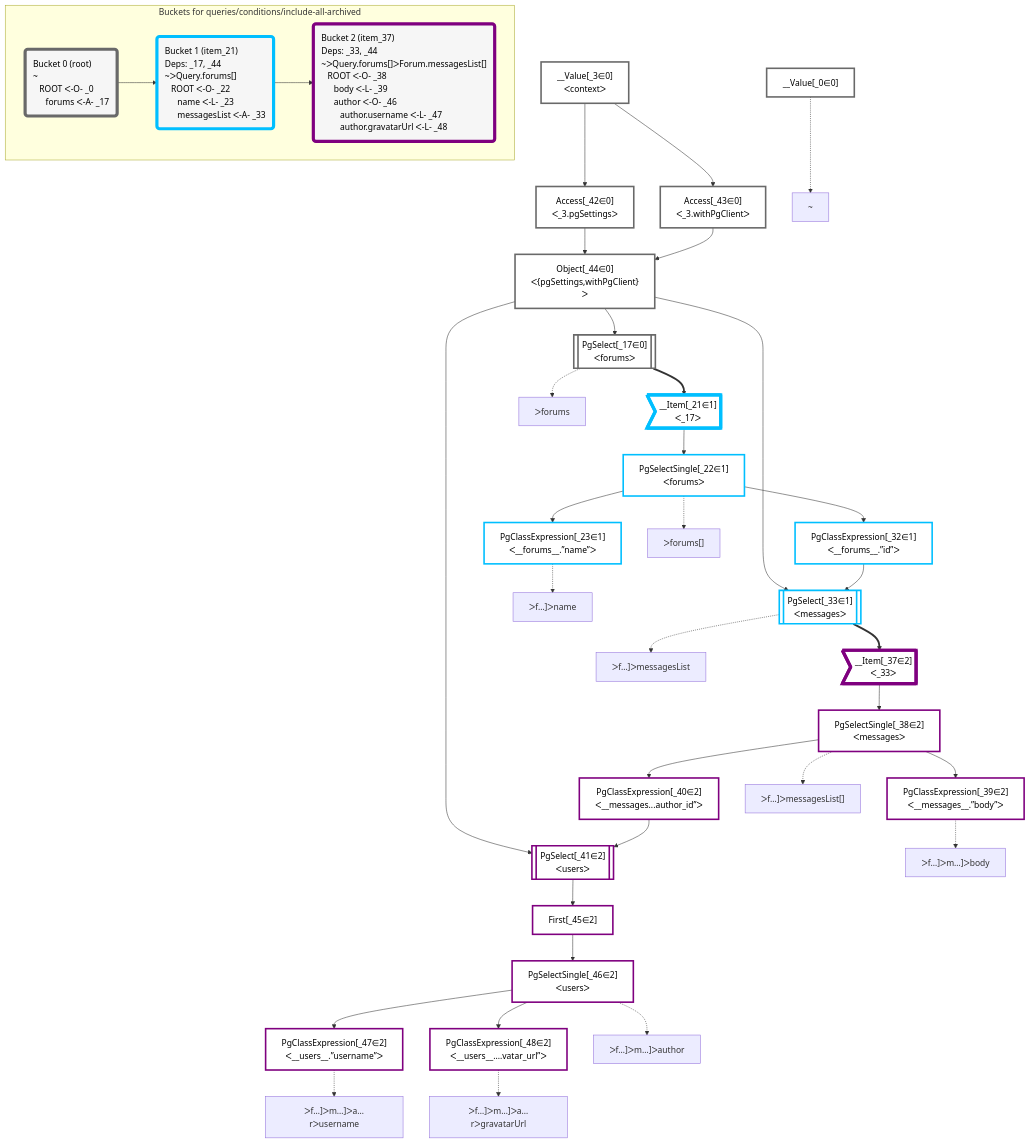
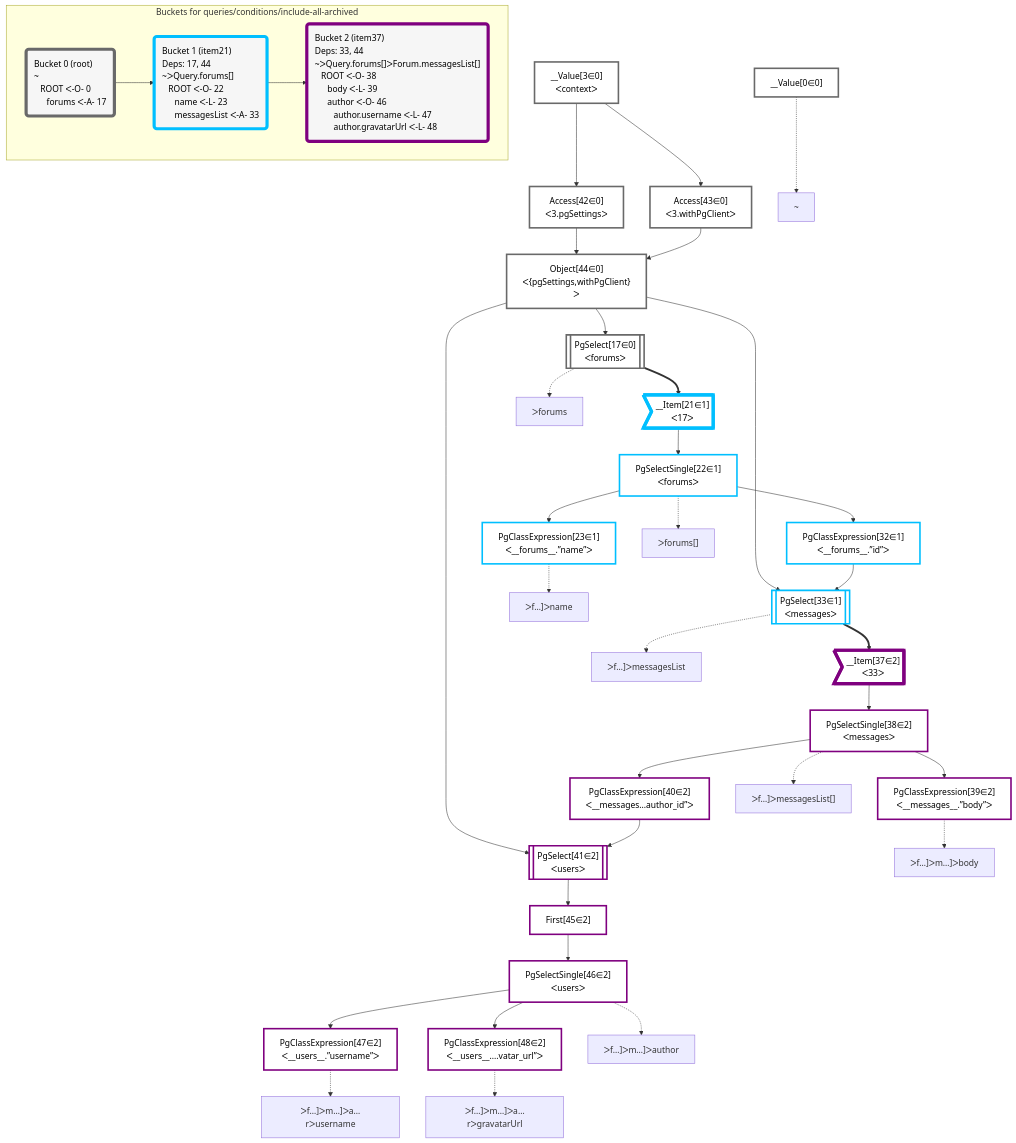
The diagram in packages/dataplan-pg/__tests__/queries/conditions/include-all-archived.deopt.mermaid.md (graphile/crystal), drawn with Mermaid before and after one commit. The commit also changed 195 other files, not shown here.

```diff
--- a/packages/dataplan-pg/__tests__/queries/conditions/include-all-archived.deopt.mermaid.md
+++ b/packages/dataplan-pg/__tests__/queries/conditions/include-all-archived.deopt.mermaid.md
@@ -8,79 +8,79 @@
 
 
     %% define plans
-    __Value_0["__Value[_0∈0]"]:::plan
-    PgClassExpression_23["PgClassExpression[_23∈1]<br />ᐸ__forums__.”name”ᐳ"]:::plan
-    PgClassExpression_39["PgClassExpression[_39∈2]<br />ᐸ__messages__.”body”ᐳ"]:::plan
-    PgClassExpression_47["PgClassExpression[_47∈2]<br />ᐸ__users__.”username”ᐳ"]:::plan
-    PgClassExpression_48["PgClassExpression[_48∈2]<br />ᐸ__users__....vatar_url”ᐳ"]:::plan
-    PgSelectSingle_46["PgSelectSingle[_46∈2]<br />ᐸusersᐳ"]:::plan
-    First_45["First[_45∈2]"]:::plan
-    PgSelect_41[["PgSelect[_41∈2]<br />ᐸusersᐳ"]]:::plan
-    PgClassExpression_40["PgClassExpression[_40∈2]<br />ᐸ__messages...author_id”ᐳ"]:::plan
-    PgSelectSingle_38["PgSelectSingle[_38∈2]<br />ᐸmessagesᐳ"]:::plan
-    __Item_37>"__Item[_37∈2]<br />ᐸ_33ᐳ"]:::itemplan
-    PgSelect_33[["PgSelect[_33∈1]<br />ᐸmessagesᐳ"]]:::plan
-    PgClassExpression_32["PgClassExpression[_32∈1]<br />ᐸ__forums__.”id”ᐳ"]:::plan
-    PgSelectSingle_22["PgSelectSingle[_22∈1]<br />ᐸforumsᐳ"]:::plan
-    __Item_21>"__Item[_21∈1]<br />ᐸ_17ᐳ"]:::itemplan
-    PgSelect_17[["PgSelect[_17∈0]<br />ᐸforumsᐳ"]]:::plan
-    Object_44["Object[_44∈0]<br />ᐸ{pgSettings,withPgClient}ᐳ"]:::plan
-    Access_42["Access[_42∈0]<br />ᐸ_3.pgSettingsᐳ"]:::plan
-    Access_43["Access[_43∈0]<br />ᐸ_3.withPgClientᐳ"]:::plan
-    __Value_3["__Value[_3∈0]<br />ᐸcontextᐳ"]:::plan
+    __Value0["__Value[0∈0]"]:::plan
+    PgClassExpression23["PgClassExpression[23∈1]<br />ᐸ__forums__.”name”ᐳ"]:::plan
+    PgClassExpression39["PgClassExpression[39∈2]<br />ᐸ__messages__.”body”ᐳ"]:::plan
+    PgClassExpression47["PgClassExpression[47∈2]<br />ᐸ__users__.”username”ᐳ"]:::plan
+    PgClassExpression48["PgClassExpression[48∈2]<br />ᐸ__users__....vatar_url”ᐳ"]:::plan
+    PgSelectSingle46["PgSelectSingle[46∈2]<br />ᐸusersᐳ"]:::plan
+    First45["First[45∈2]"]:::plan
+    PgSelect41[["PgSelect[41∈2]<br />ᐸusersᐳ"]]:::plan
+    PgClassExpression40["PgClassExpression[40∈2]<br />ᐸ__messages...author_id”ᐳ"]:::plan
+    PgSelectSingle38["PgSelectSingle[38∈2]<br />ᐸmessagesᐳ"]:::plan
+    __Item37>"__Item[37∈2]<br />ᐸ33ᐳ"]:::itemplan
+    PgSelect33[["PgSelect[33∈1]<br />ᐸmessagesᐳ"]]:::plan
+    PgClassExpression32["PgClassExpression[32∈1]<br />ᐸ__forums__.”id”ᐳ"]:::plan
+    PgSelectSingle22["PgSelectSingle[22∈1]<br />ᐸforumsᐳ"]:::plan
+    __Item21>"__Item[21∈1]<br />ᐸ17ᐳ"]:::itemplan
+    PgSelect17[["PgSelect[17∈0]<br />ᐸforumsᐳ"]]:::plan
+    Object44["Object[44∈0]<br />ᐸ{pgSettings,withPgClient}ᐳ"]:::plan
+    Access42["Access[42∈0]<br />ᐸ3.pgSettingsᐳ"]:::plan
+    Access43["Access[43∈0]<br />ᐸ3.withPgClientᐳ"]:::plan
+    __Value3["__Value[3∈0]<br />ᐸcontextᐳ"]:::plan
 
     %% plan dependencies
-    PgSelectSingle_22 --> PgClassExpression_23
-    PgSelectSingle_38 --> PgClassExpression_39
-    PgSelectSingle_46 --> PgClassExpression_47
-    PgSelectSingle_46 --> PgClassExpression_48
-    First_45 --> PgSelectSingle_46
-    PgSelect_41 --> First_45
-    Object_44 & PgClassExpression_40 --> PgSelect_41
-    PgSelectSingle_38 --> PgClassExpression_40
-    __Item_37 --> PgSelectSingle_38
-    PgSelect_33 ==> __Item_37
-    Object_44 & PgClassExpression_32 --> PgSelect_33
-    PgSelectSingle_22 --> PgClassExpression_32
-    __Item_21 --> PgSelectSingle_22
-    PgSelect_17 ==> __Item_21
-    Object_44 --> PgSelect_17
-    Access_42 & Access_43 --> Object_44
-    __Value_3 --> Access_42
-    __Value_3 --> Access_43
+    PgSelectSingle22 --> PgClassExpression23
+    PgSelectSingle38 --> PgClassExpression39
+    PgSelectSingle46 --> PgClassExpression47
+    PgSelectSingle46 --> PgClassExpression48
+    First45 --> PgSelectSingle46
+    PgSelect41 --> First45
+    Object44 & PgClassExpression40 --> PgSelect41
+    PgSelectSingle38 --> PgClassExpression40
+    __Item37 --> PgSelectSingle38
+    PgSelect33 ==> __Item37
+    Object44 & PgClassExpression32 --> PgSelect33
+    PgSelectSingle22 --> PgClassExpression32
+    __Item21 --> PgSelectSingle22
+    PgSelect17 ==> __Item21
+    Object44 --> PgSelect17
+    Access42 & Access43 --> Object44
+    __Value3 --> Access42
+    __Value3 --> Access43
 
     %% plan-to-path relationships
-    P_0["~"]
-    __Value_0 -.-> P_0
-    P_17["ᐳforums"]
-    PgSelect_17 -.-> P_17
-    P_22["ᐳforums[]"]
-    PgSelectSingle_22 -.-> P_22
-    P_23["ᐳf…]ᐳname"]
-    PgClassExpression_23 -.-> P_23
-    P_33["ᐳf…]ᐳmessagesList"]
-    PgSelect_33 -.-> P_33
-    P_38["ᐳf…]ᐳmessagesList[]"]
-    PgSelectSingle_38 -.-> P_38
-    P_39["ᐳf…]ᐳm…]ᐳbody"]
-    PgClassExpression_39 -.-> P_39
-    P_46["ᐳf…]ᐳm…]ᐳauthor"]
-    PgSelectSingle_46 -.-> P_46
-    P_47["ᐳf…]ᐳm…]ᐳa…rᐳusername"]
-    PgClassExpression_47 -.-> P_47
-    P_48["ᐳf…]ᐳm…]ᐳa…rᐳgravatarUrl"]
-    PgClassExpression_48 -.-> P_48
+    P0["~"]
+    __Value0 -.-> P0
+    P17["ᐳforums"]
+    PgSelect17 -.-> P17
+    P22["ᐳforums[]"]
+    PgSelectSingle22 -.-> P22
+    P23["ᐳf…]ᐳname"]
+    PgClassExpression23 -.-> P23
+    P33["ᐳf…]ᐳmessagesList"]
+    PgSelect33 -.-> P33
+    P38["ᐳf…]ᐳmessagesList[]"]
+    PgSelectSingle38 -.-> P38
+    P39["ᐳf…]ᐳm…]ᐳbody"]
+    PgClassExpression39 -.-> P39
+    P46["ᐳf…]ᐳm…]ᐳauthor"]
+    PgSelectSingle46 -.-> P46
+    P47["ᐳf…]ᐳm…]ᐳa…rᐳusername"]
+    PgClassExpression47 -.-> P47
+    P48["ᐳf…]ᐳm…]ᐳa…rᐳgravatarUrl"]
+    PgClassExpression48 -.-> P48
 
     subgraph "Buckets for queries/conditions/include-all-archived"
-    Bucket0("Bucket 0 (root)<br />~<br />⠀ROOT ᐸ-O- _0<br />⠀⠀forums ᐸ-A- _17"):::bucket
+    Bucket0("Bucket 0 (root)<br />~<br />⠀ROOT ᐸ-O- 0<br />⠀⠀forums ᐸ-A- 17"):::bucket
     classDef bucket0 stroke:#696969
-    class Bucket0,__Value_0,__Value_3,PgSelect_17,Access_42,Access_43,Object_44 bucket0
-    Bucket1("Bucket 1 (item_21)<br />Deps: _17, _44<br />~ᐳQuery.forums[]<br />⠀ROOT ᐸ-O- _22<br />⠀⠀name ᐸ-L- _23<br />⠀⠀messagesList ᐸ-A- _33"):::bucket
+    class Bucket0,__Value0,__Value3,PgSelect17,Access42,Access43,Object44 bucket0
+    Bucket1("Bucket 1 (item21)<br />Deps: 17, 44<br />~ᐳQuery.forums[]<br />⠀ROOT ᐸ-O- 22<br />⠀⠀name ᐸ-L- 23<br />⠀⠀messagesList ᐸ-A- 33"):::bucket
     classDef bucket1 stroke:#00bfff
-    class Bucket1,__Item_21,PgSelectSingle_22,PgClassExpression_23,PgClassExpression_32,PgSelect_33 bucket1
-    Bucket2("Bucket 2 (item_37)<br />Deps: _33, _44<br />~ᐳQuery.forums[]ᐳForum.messagesList[]<br />⠀ROOT ᐸ-O- _38<br />⠀⠀body ᐸ-L- _39<br />⠀⠀author ᐸ-O- _46<br />⠀⠀⠀author.username ᐸ-L- _47<br />⠀⠀⠀author.gravatarUrl ᐸ-L- _48"):::bucket
+    class Bucket1,__Item21,PgSelectSingle22,PgClassExpression23,PgClassExpression32,PgSelect33 bucket1
+    Bucket2("Bucket 2 (item37)<br />Deps: 33, 44<br />~ᐳQuery.forums[]ᐳForum.messagesList[]<br />⠀ROOT ᐸ-O- 38<br />⠀⠀body ᐸ-L- 39<br />⠀⠀author ᐸ-O- 46<br />⠀⠀⠀author.username ᐸ-L- 47<br />⠀⠀⠀author.gravatarUrl ᐸ-L- 48"):::bucket
     classDef bucket2 stroke:#7f007f
-    class Bucket2,__Item_37,PgSelectSingle_38,PgClassExpression_39,PgClassExpression_40,PgSelect_41,First_45,PgSelectSingle_46,PgClassExpression_47,PgClassExpression_48 bucket2
+    class Bucket2,__Item37,PgSelectSingle38,PgClassExpression39,PgClassExpression40,PgSelect41,First45,PgSelectSingle46,PgClassExpression47,PgClassExpression48 bucket2
     Bucket0 --> Bucket1
     Bucket1 --> Bucket2
     end
```
